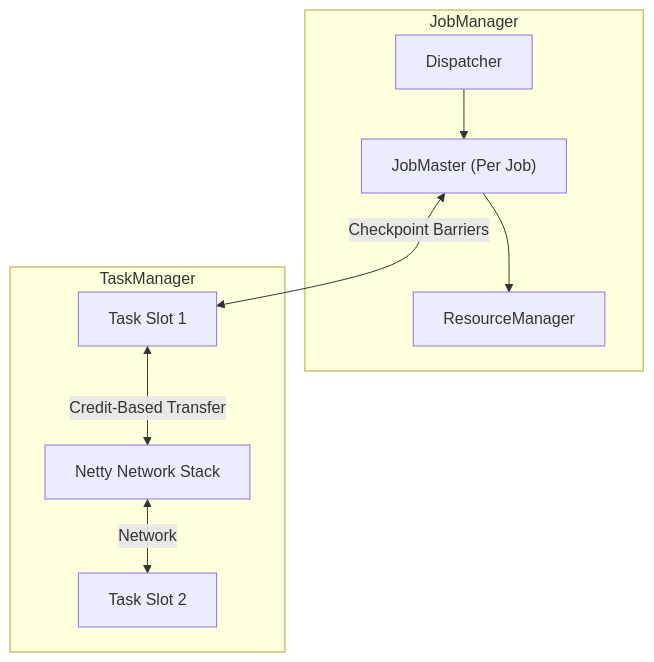
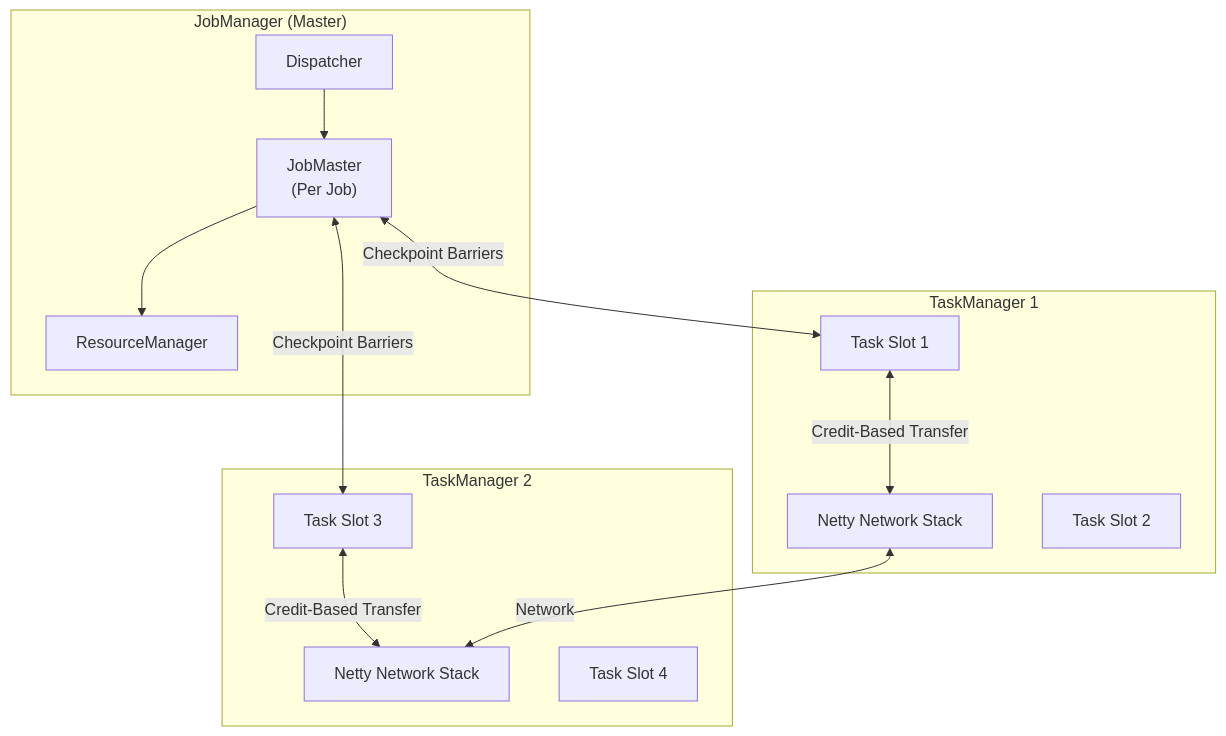
Before and after one commit to Anmol33/SystemDesign: the first of 4 diagrams in Stream Processing/02_Apache_Flink.md, drawn with Mermaid. The commit also changed other lines of this file and 4 other files, not shown here.

Commit message:
Docs(All): Reorganized All Framework Docs with Consistent Flow + Deep Dive Redis Internals

````diff
--- a/Stream Processing/02_Apache_Flink.md
+++ b/Stream Processing/02_Apache_Flink.md
@@ -20,17 +14,25 @@
 ```mermaid
 graph TD
-    subgraph JobManager
-        Disp["Dispatcher"] --> JM["JobMaster (Per Job)"]
+    subgraph JobManager["JobManager (Master)"]
+        Disp["Dispatcher"] --> JM["JobMaster<br/>(Per Job)"]
         JM --> RM["ResourceManager"]
     end
 
-    subgraph TaskManager
-        Netty["Netty Network Stack"]
+    subgraph TaskManager1["TaskManager 1"]
+        Netty1["Netty Network Stack"]
         Slot1["Task Slot 1"]
         Slot2["Task Slot 2"]
     end
+    
+    subgraph TaskManager2["TaskManager 2"]
+        Netty2["Netty Network Stack"]
+        Slot3["Task Slot 3"]
+        Slot4["Task Slot 4"]
+    end
 
-    JM <-->|Checkpoint Barriers| Slot1
-    Slot1 <-->|Credit-Based Transfer| Netty
-    Netty <-->|Network| Slot2
+    JM <-->|"Checkpoint Barriers"| Slot1
+    JM <-->|"Checkpoint Barriers"| Slot3
+    Slot1 <-->|"Credit-Based Transfer"| Netty1
+    Slot3 <-->|"Credit-Based Transfer"| Netty2
+    Netty1 <-->|Network| Netty2
 ```
````
